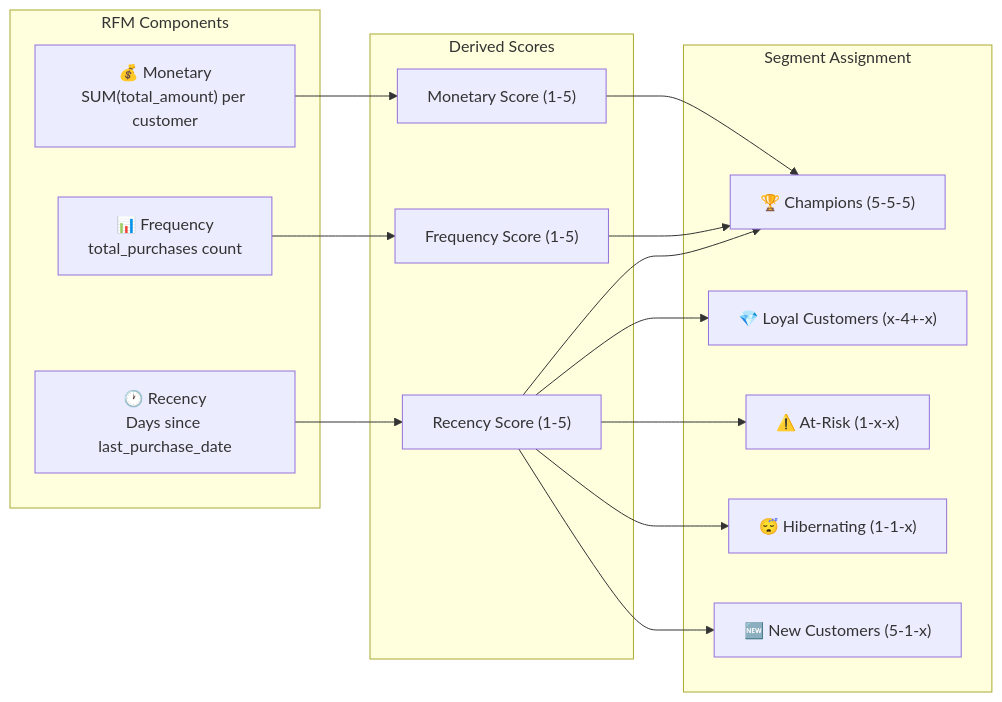
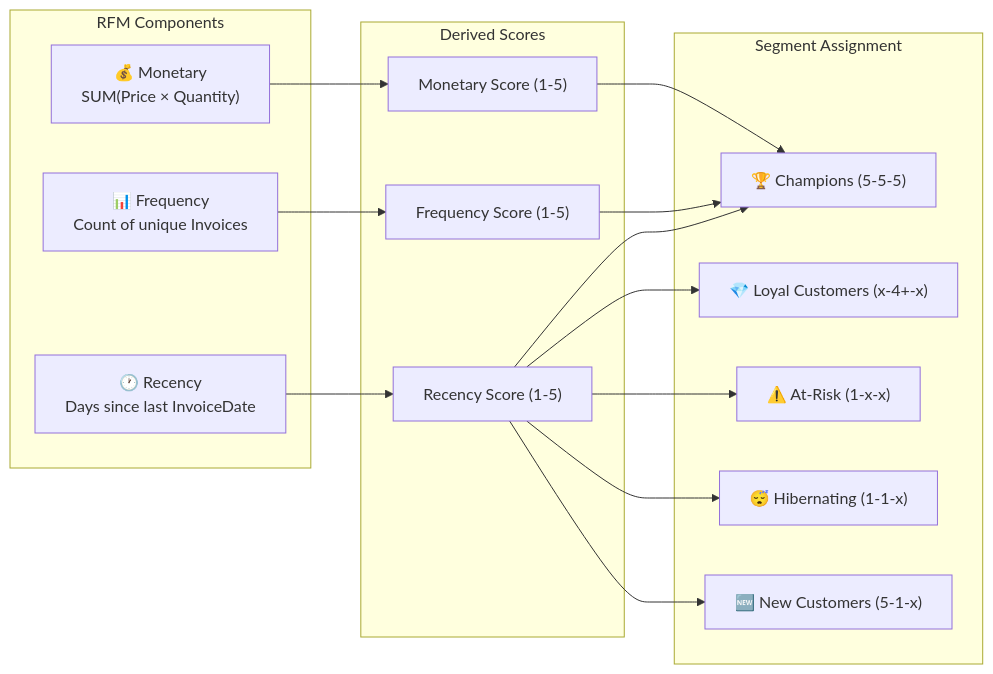
One commit to springboardmentor24052s-tech/Team_3_Small_Biz_Sales changed the second of 2 diagrams in docs/business-attributes-analysis.md. Above: the diagram before and after it, drawn with Mermaid. The commit also changed other lines of this file and 4 other files, not shown here.

Commit message:
Update documentation to match UCI dataset schema

````diff
--- a/docs/business-attributes-analysis.md
+++ b/docs/business-attributes-analysis.md
@@ -72,33 +66,33 @@
 ```mermaid
 graph LR
     subgraph "RFM Components"
-        R["🕐 Recency<br/>Days since last_purchase_date"]
-        F["📊 Frequency<br/>total_purchases count"]
-        M["💰 Monetary<br/>SUM(total_amount) per customer"]
+        R["🕐 Recency<br/>Days since last InvoiceDate"]
+        F["📊 Frequency<br/>Count of unique Invoices"]
+        M["💰 Monetary<br/>SUM(Price × Quantity)"]
     end
 
     subgraph "Derived Scores"
         RS["Recency Score (1-5)"]
         FS["Frequency Score (1-5)"]
         MS["Monetary Score (1-5)"]
     end
 
     subgraph "Segment Assignment"
         S1["🏆 Champions (5-5-5)"]
         S2["💎 Loyal Customers (x-4+-x)"]
         S3["⚠️ At-Risk (1-x-x)"]
         S4["😴 Hibernating (1-1-x)"]
         S5["🆕 New Customers (5-1-x)"]
     end
 
     R --> RS
     F --> FS
     M --> MS
     RS --> S1
     FS --> S1
     MS --> S1
     RS --> S2
     RS --> S3
     RS --> S4
     RS --> S5
 ```
````
